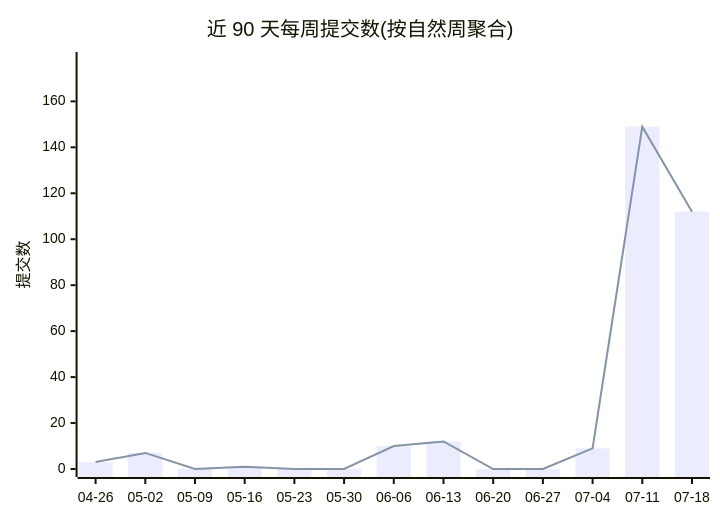
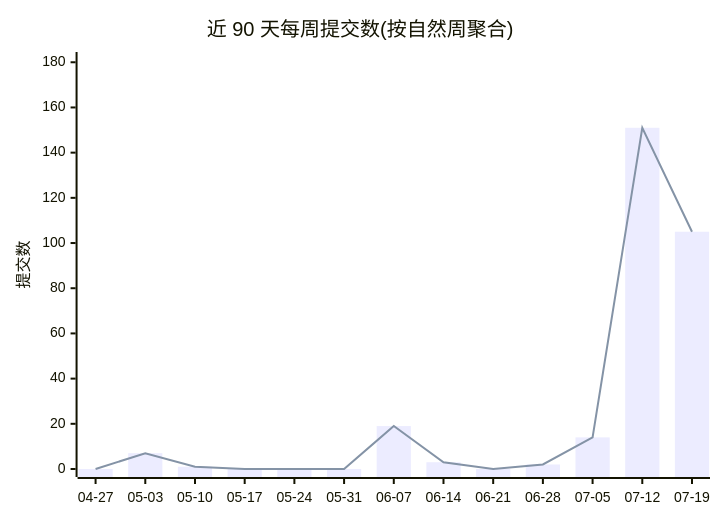
Before and after one commit to Conflux-Union/.github: the first of 2 diagrams in profile/README.md, drawn with Mermaid. The commit also changed other lines of this file and 1 other file, not shown here.

````diff
--- a/profile/README.md
+++ b/profile/README.md
@@ -44,8 +44,8 @@
 ```mermaid
 xychart-beta
     title "近 90 天每周提交数(按自然周聚合)"
-    x-axis ["04-26", "05-02", "05-09", "05-16", "05-23", "05-30", "06-06", "06-13", "06-20", "06-27", "07-04", "07-11", "07-18"]
-    y-axis "提交数" 0 --> 178
-    bar [3, 7, 0, 1, 0, 0, 10, 12, 0, 0, 9, 149, 112]
-    line [3, 7, 0, 1, 0, 0, 10, 12, 0, 0, 9, 149, 112]
+    x-axis ["04-27", "05-03", "05-10", "05-17", "05-24", "05-31", "06-07", "06-14", "06-21", "06-28", "07-05", "07-12", "07-19"]
+    y-axis "提交数" 0 --> 181
+    bar [0, 7, 1, 0, 0, 0, 19, 3, 0, 2, 14, 151, 105]
+    line [0, 7, 1, 0, 0, 0, 19, 3, 0, 2, 14, 151, 105]
 ```
````
